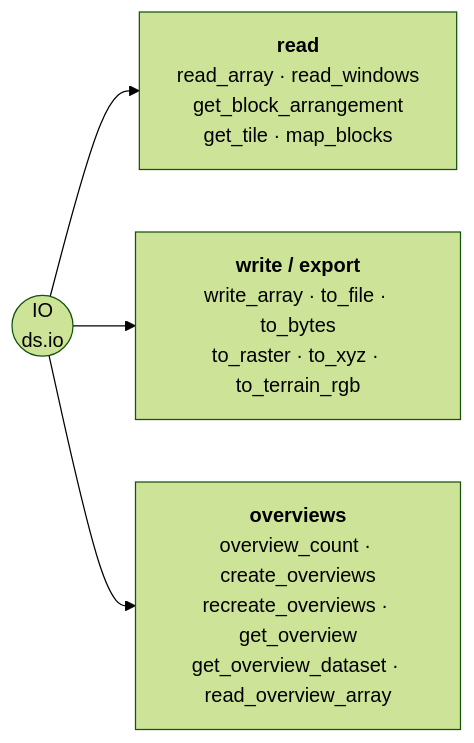
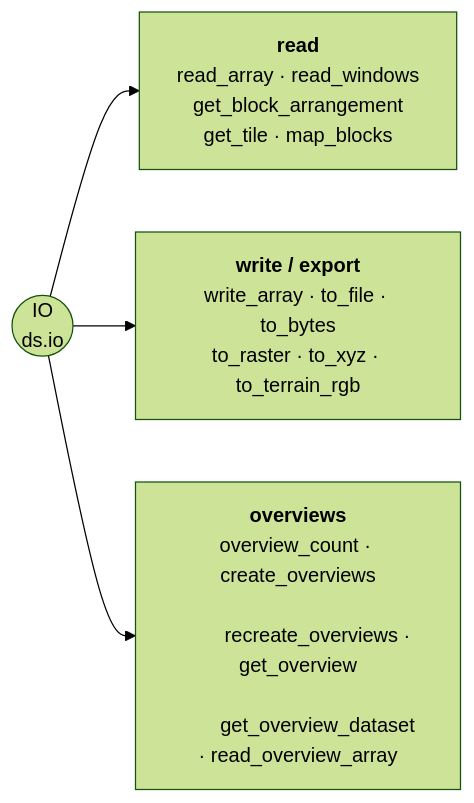
The diagram in docs/reference/dataset/io.md (serapeum-org/pyramids), drawn with Mermaid (forest theme) before and after one commit. The commit also changed 1 other file, not shown here.

Commit message:
fix(dataset): fall back when GDAL refuses to describe the level, document the limits
GDAL rejects OVERVIEW_LEVEL on shapes it can still read band by band -- a VRT
whose bands carry different overview counts raises 'Cannot open overview level 0'
even for a band that has one -- so a raw GDAL RuntimeError escaped a method
documented to raise ValueError. Fall back to the materialised path there.

Document the remaining consequences of a pathless level: create_overviews() on it
would drop a stray .ovr into the working directory, the read_only label stops
pixel writes but not metadata setters, a container's structured metadata is left
behind, and the materialised form holds the pixels twice while building. Add the
RuntimeError to Raises, and wrap the overviews mermaid node so the docs line
stays inside the 120-column limit.

````diff
--- a/docs/reference/dataset/io.md
+++ b/docs/reference/dataset/io.md
@@ -5,7 +5,9 @@
 ```mermaid
 flowchart LR
     IO(("IO<br/>ds.io"))
     IO --> R["<b>read</b><br/>read_array · read_windows<br/>get_block_arrangement<br/>get_tile · map_blocks"]
     IO --> W["<b>write / export</b><br/>write_array · to_file · to_bytes<br/>to_raster · to_xyz · to_terrain_rgb"]
-    IO --> O["<b>overviews</b><br/>overview_count · create_overviews<br/>recreate_overviews · get_overview<br/>get_overview_dataset · read_overview_array"]
+    IO --> O["<b>overviews</b><br/>overview_count · create_overviews<br/>
+        recreate_overviews · get_overview<br/>
+        get_overview_dataset · read_overview_array"]
 ```
````
